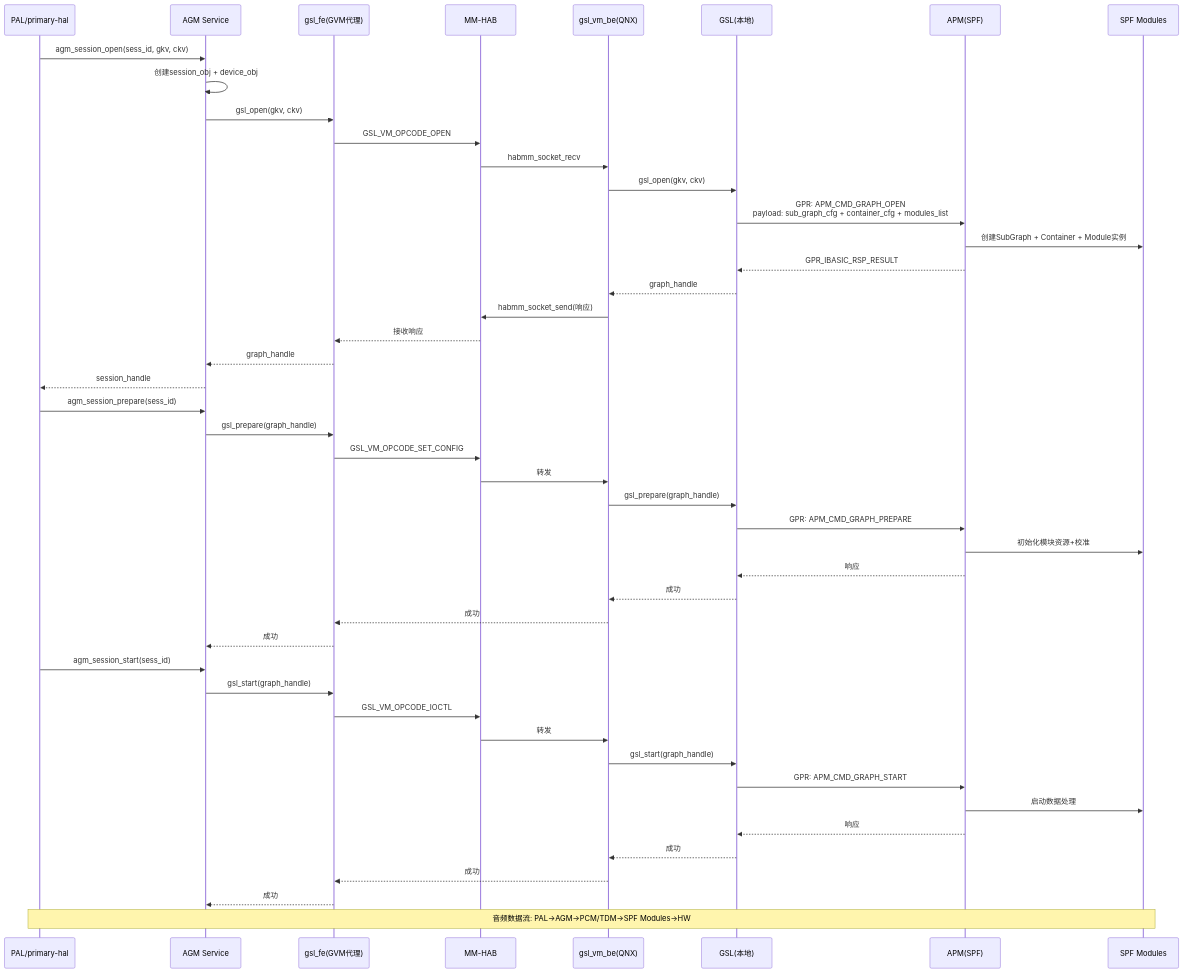
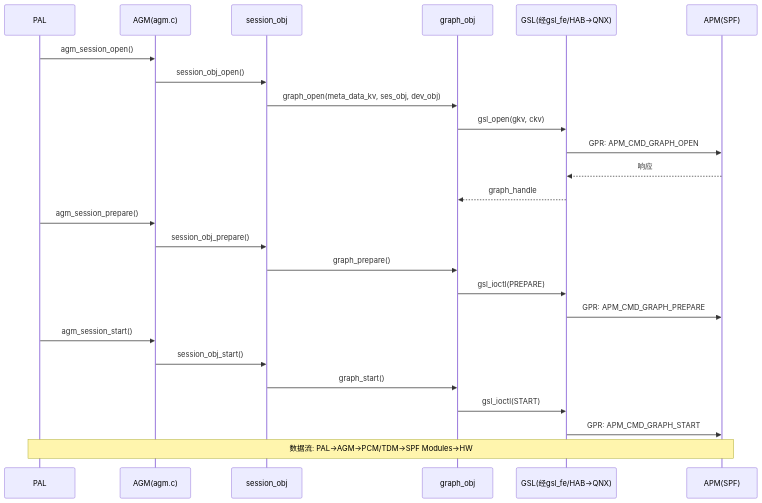
One commit to yanglinzhen1022/SA8295_AAOS_QNX_Audio_KnowledgeBase changed the third of 4 diagrams in 16_Vendor_QNX_Architecture/16_16.10_AGMAudio_Graph_Manager深度解.md. Above: the diagram before and after it, drawn with Mermaid. The commit also changed other lines of this file and 48 other files, not shown here.

````diff
--- a/16_Vendor_QNX_Architecture/16_16.10_AGMAudio_Graph_Manager深度解.md
+++ b/16_Vendor_QNX_Architecture/16_16.10_AGMAudio_Graph_Manager深度解.md
@@ -328,52 +330,31 @@
 ```mermaid
 sequenceDiagram
-    participant PAL as PAL/primary-hal
-    participant AGM as AGM Service
-    participant GSL_FE as gsl_fe(GVM代理)
-    participant HAB as MM-HAB
-    participant GSL_VM_BE as gsl_vm_be(QNX)
-    participant GSL as GSL(本地)
+    participant PAL as PAL
+    participant AGM as AGM(agm.c)
+    participant SESS as session_obj
+    participant GRAPH as graph_obj
+    participant GSL as GSL(经gsl_fe/HAB→QNX)
     participant APM as APM(SPF)
-    participant SPF as SPF Modules
 
-    PAL->>AGM: agm_session_open(sess_id, gkv, ckv)
-    AGM->>AGM: 创建session_obj + device_obj
-    AGM->>GSL_FE: gsl_open(gkv, ckv)
-    GSL_FE->>HAB: GSL_VM_OPCODE_OPEN
-    HAB->>GSL_VM_BE: habmm_socket_recv
-    GSL_VM_BE->>GSL: gsl_open(gkv, ckv)
-    GSL->>APM: GPR: APM_CMD_GRAPH_OPEN<br/>payload: sub_graph_cfg + container_cfg + modules_list
-    APM->>SPF: 创建SubGraph + Container + Module实例
-    APM-->>GSL: GPR_IBASIC_RSP_RESULT
-    GSL-->>GSL_VM_BE: graph_handle
-    GSL_VM_BE->>HAB: habmm_socket_send(响应)
-    HAB-->>GSL_FE: 接收响应
-    GSL_FE-->>AGM: graph_handle
-    AGM-->>PAL: session_handle
+    PAL->>AGM: agm_session_open()
+    AGM->>SESS: session_obj_open()
+    SESS->>GRAPH: graph_open(meta_data_kv, ses_obj, dev_obj)
+    GRAPH->>GSL: gsl_open(gkv, ckv)
+    GSL->>APM: GPR: APM_CMD_GRAPH_OPEN
+    APM-->>GSL: 响应
+    GSL-->>GRAPH: graph_handle
 
-    PAL->>AGM: agm_session_prepare(sess_id)
-    AGM->>GSL_FE: gsl_prepare(graph_handle)
-    GSL_FE->>HAB: GSL_VM_OPCODE_SET_CONFIG
-    HAB->>GSL_VM_BE: 转发
-    GSL_VM_BE->>GSL: gsl_prepare(graph_handle)
+    PAL->>AGM: agm_session_prepare()
+    AGM->>SESS: session_obj_prepare()
+    SESS->>GRAPH: graph_prepare()
+    GRAPH->>GSL: gsl_ioctl(PREPARE)
     GSL->>APM: GPR: APM_CMD_GRAPH_PREPARE
-    APM->>SPF: 初始化模块资源+校准
-    APM-->>GSL: 响应
-    GSL-->>GSL_VM_BE: 成功
-    GSL_VM_BE-->>GSL_FE: 成功
-    GSL_FE-->>AGM: 成功
 
-    PAL->>AGM: agm_session_start(sess_id)
-    AGM->>GSL_FE: gsl_start(graph_handle)
-    GSL_FE->>HAB: GSL_VM_OPCODE_IOCTL
-    HAB->>GSL_VM_BE: 转发
-    GSL_VM_BE->>GSL: gsl_start(graph_handle)
+    PAL->>AGM: agm_session_start()
+    AGM->>SESS: session_obj_start()
+    SESS->>GRAPH: graph_start()
+    GRAPH->>GSL: gsl_ioctl(START)
     GSL->>APM: GPR: APM_CMD_GRAPH_START
-    APM->>SPF: 启动数据处理
-    APM-->>GSL: 响应
-    GSL-->>GSL_VM_BE: 成功
-    GSL_VM_BE-->>GSL_FE: 成功
-    GSL_FE-->>AGM: 成功
 
-    Note over PAL,SPF: 音频数据流: PAL→AGM→PCM/TDM→SPF Modules→HW
+    Note over PAL,APM: 数据流: PAL→AGM→PCM/TDM→SPF Modules→HW
 ```
````
